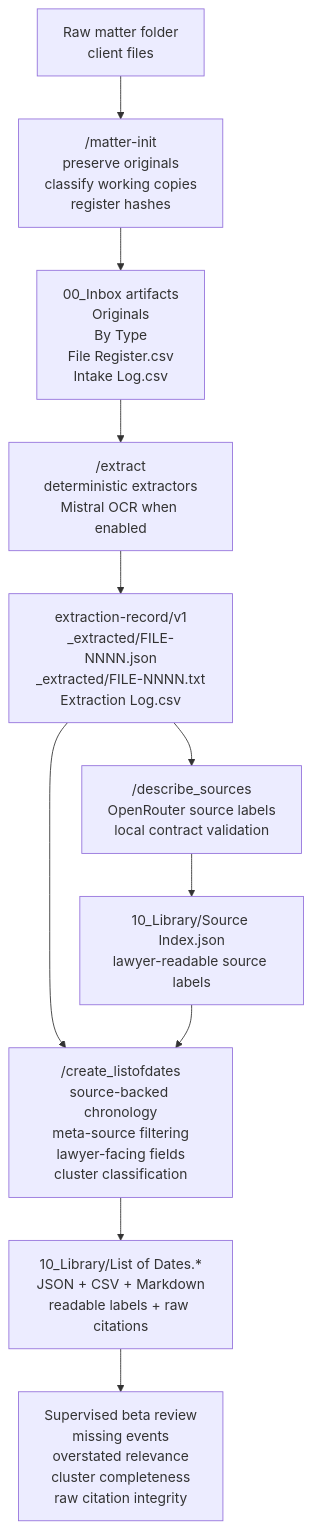
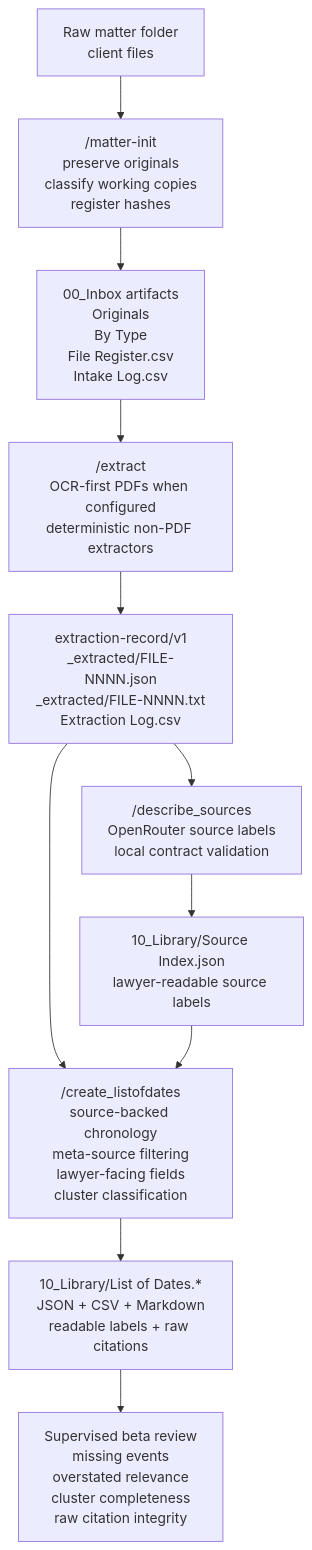
One commit to molotovsingh/matter-workbench changed the second of 3 diagrams in docs/codebase-diagram.md. Above: the diagram before and after it, drawn with Mermaid. The commit also changed other lines of this file and 11 other files, not shown here.

````diff
--- a/docs/codebase-diagram.md
+++ b/docs/codebase-diagram.md
@@ -223,24 +257,24 @@
 ```mermaid
 flowchart TD
   RawMatter["Raw matter folder<br/>client files"]
   MatterInit["/matter-init<br/>preserve originals<br/>classify working copies<br/>register hashes"]
   InboxArtifacts["00_Inbox artifacts<br/>Originals<br/>By Type<br/>File Register.csv<br/>Intake Log.csv"]
-  Extract["/extract<br/>deterministic extractors<br/>Mistral OCR when enabled"]
+  Extract["/extract<br/>OCR-first PDFs when configured<br/>deterministic non-PDF extractors"]
   ExtractionRecords["extraction-record/v1<br/>_extracted/FILE-NNNN.json<br/>_extracted/FILE-NNNN.txt<br/>Extraction Log.csv"]
   DescribeSources["/describe_sources<br/>OpenRouter source labels<br/>local contract validation"]
   SourceIndex["10_Library/Source Index.json<br/>lawyer-readable source labels"]
   CreateListOfDates["/create_listofdates<br/>source-backed chronology<br/>meta-source filtering<br/>lawyer-facing fields<br/>cluster classification"]
   ListOfDates["10_Library/List of Dates.*<br/>JSON + CSV + Markdown<br/>readable labels + raw citations"]
   BetaReview["Supervised beta review<br/>missing events<br/>overstated relevance<br/>cluster completeness<br/>raw citation integrity"]
 
   RawMatter --> MatterInit
   MatterInit --> InboxArtifacts
   InboxArtifacts --> Extract
   Extract --> ExtractionRecords
   ExtractionRecords --> DescribeSources
   DescribeSources --> SourceIndex
   ExtractionRecords --> CreateListOfDates
   SourceIndex --> CreateListOfDates
   CreateListOfDates --> ListOfDates
   ListOfDates --> BetaReview
 ```
````
